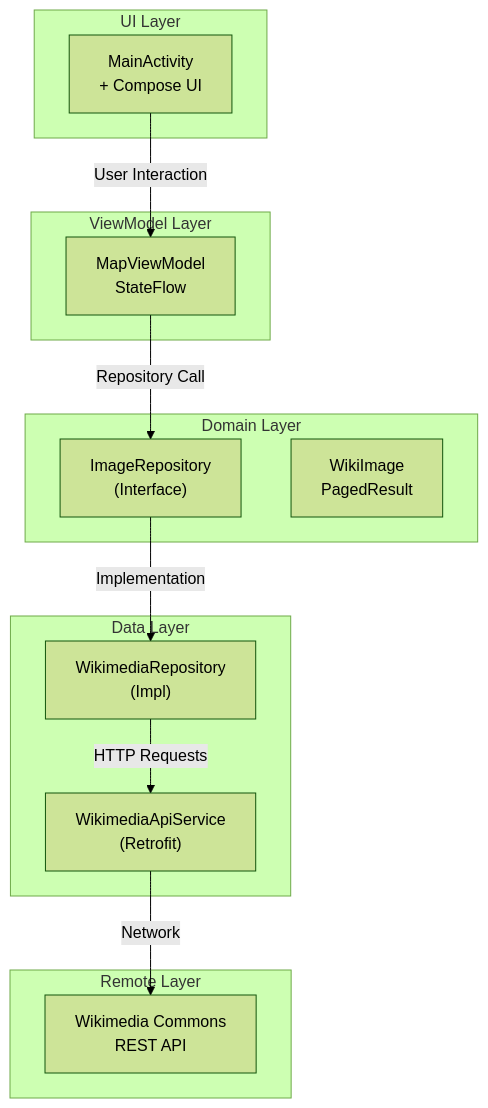
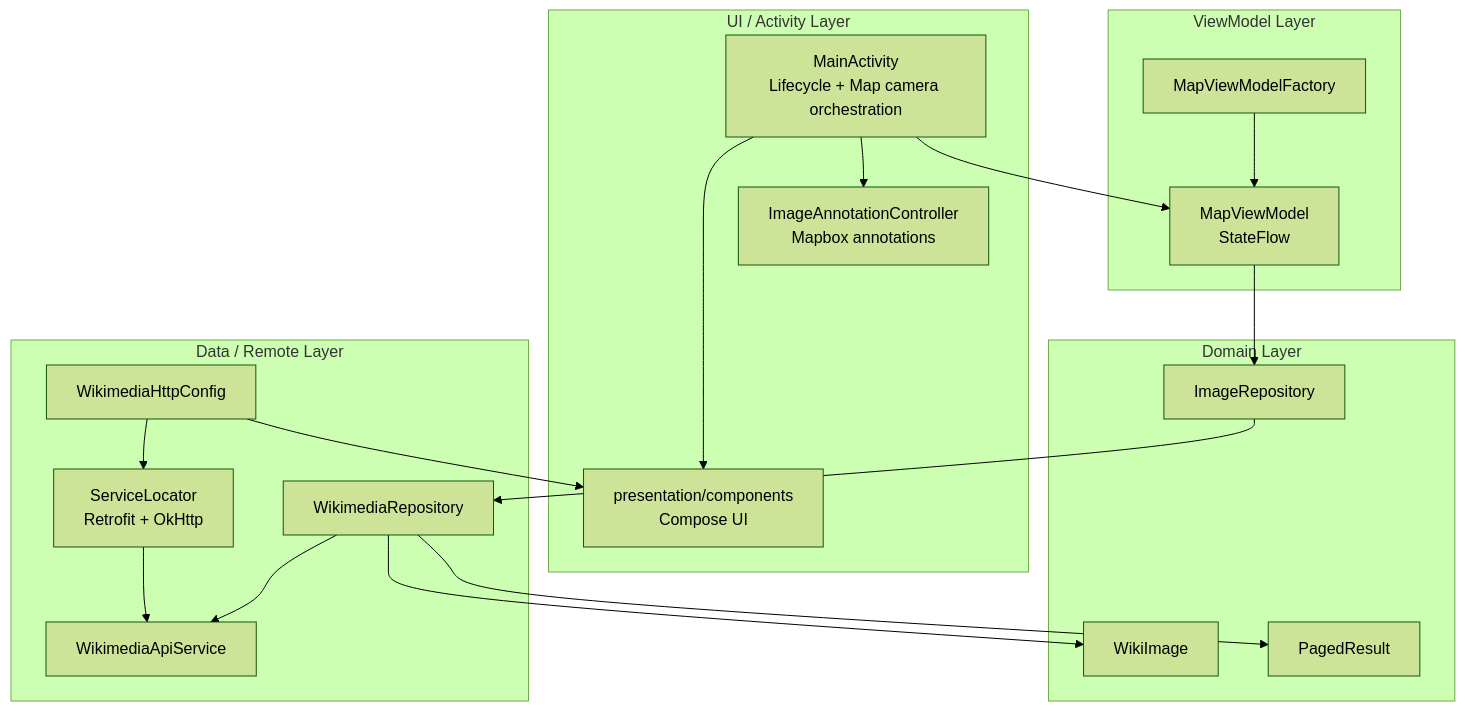
The first of 6 diagrams in ARCHITECTURE.md (duchangyu/mapbox-wikimedia-explorer), drawn with Mermaid (forest theme) before and after one commit. The commit also changed other lines of this file, not shown here.

Commit message:
Update architecture documentation

````diff
--- a/ARCHITECTURE.md
+++ b/ARCHITECTURE.md
@@ -13,30 +23,39 @@
 ```mermaid
 graph TD
-    subgraph UI Layer
-        A["MainActivity<br/>+ Compose UI"]
+    subgraph UI["UI / Activity Layer"]
+        A["MainActivity<br/>Lifecycle + Map camera orchestration"]
+        B["presentation/components<br/>Compose UI"]
+        C["ImageAnnotationController<br/>Mapbox annotations"]
     end
 
-    subgraph ViewModel Layer
-        B["MapViewModel<br/>StateFlow<MapUiState>"]
+    subgraph VM["ViewModel Layer"]
+        D["MapViewModel<br/>StateFlow<MapUiState>"]
+        E["MapViewModelFactory"]
     end
 
-    subgraph Domain Layer
-        C["ImageRepository<br/>(Interface)"]
-        D["WikiImage<br/>PagedResult"]
+    subgraph Domain["Domain Layer"]
+        F["ImageRepository"]
+        G["WikiImage"]
+        H["PagedResult"]
     end
 
-    subgraph Data Layer
-        E["WikimediaRepository<br/>(Impl)"]
-        F["WikimediaApiService<br/>(Retrofit)"]
+    subgraph Data["Data / Remote Layer"]
+        I["WikimediaRepository"]
+        J["WikimediaApiService"]
+        K["WikimediaHttpConfig"]
+        L["ServiceLocator<br/>Retrofit + OkHttp"]
     end
 
-    subgraph Remote Layer
-        G["Wikimedia Commons<br/>REST API"]
-    end
-
-    A -->|"User Interaction"| B
-    B -->|"Repository Call"| C
-    C -->|"Implementation"| E
-    E -->|"HTTP Requests"| F
-    F -->|"Network"| G
+    A --> B
+    A --> C
+    A --> D
+    E --> D
+    D --> F
+    F --> I
+    I --> J
+    L --> J
+    K --> L
+    K --> B
+    I --> G
+    I --> H
 ```
````
